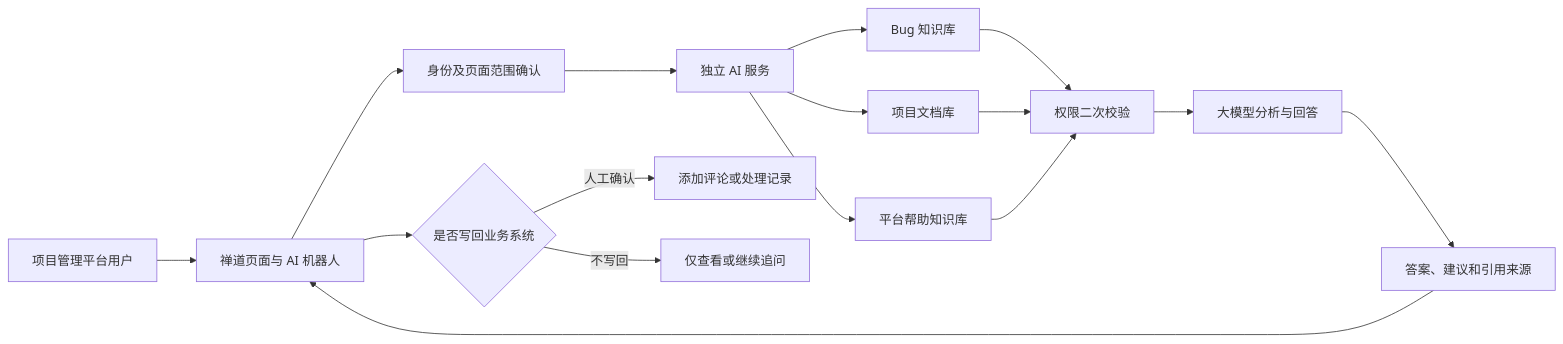
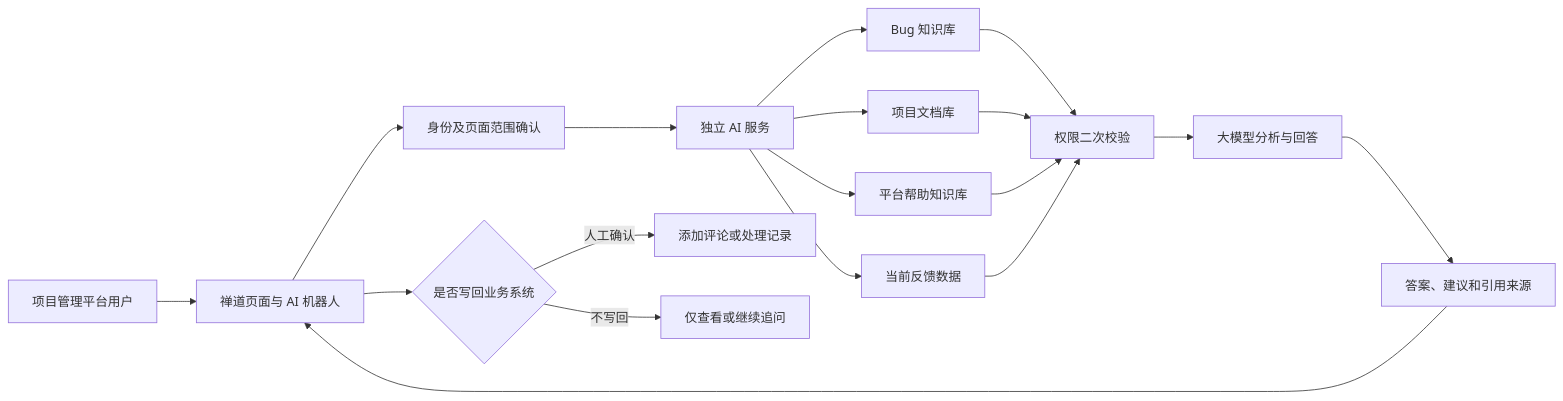
Before and after one commit to zhumeng1582/zentao-ai-service: the second of 2 diagrams in AI服务客户展示流程图.md, drawn with Mermaid. The commit also changed other lines of this file and 5 other files, not shown here.

````diff
--- a/AI服务客户展示流程图.md
+++ b/AI服务客户展示流程图.md
@@ -64,22 +71,24 @@
 ```mermaid
 flowchart LR
     A[项目管理平台用户] --> B[禅道页面与 AI 机器人]
     B --> C[身份及页面范围确认]
     C --> D[独立 AI 服务]
 
     D --> E[Bug 知识库]
     D --> F[项目文档库]
     D --> G[平台帮助知识库]
+    D --> G1[当前反馈数据]
 
     E --> H[权限二次校验]
     F --> H
     G --> H
+    G1 --> H
 
     H --> I[大模型分析与回答]
     I --> J[答案、建议和引用来源]
     J --> B
 
     B --> K{是否写回业务系统}
     K -->|人工确认| L[添加评论或处理记录]
     K -->|不写回| M[仅查看或继续追问]
 ```
````
